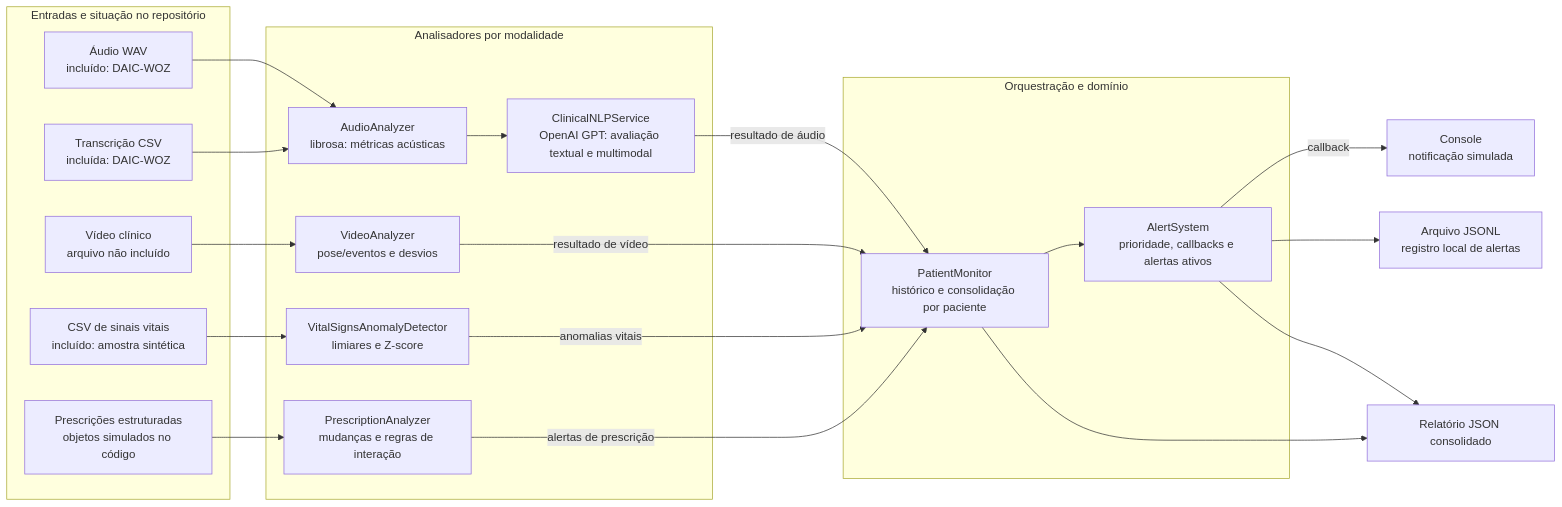
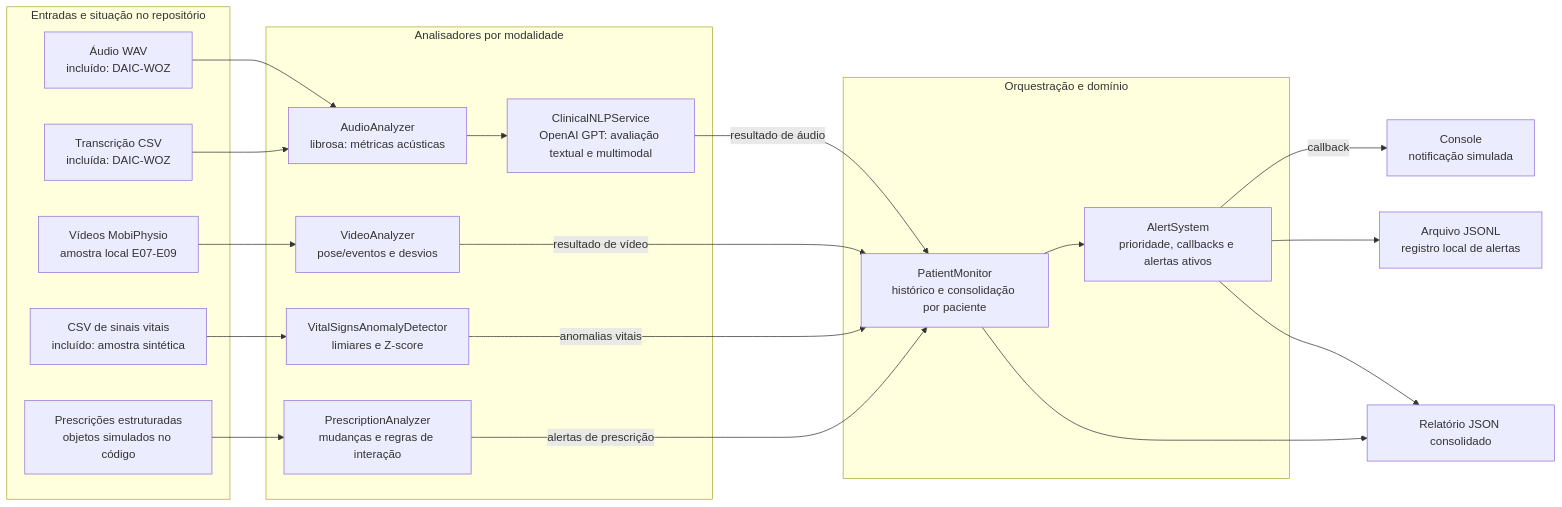
Before and after one commit to isabellasantiago/tech_challenge4: the first of 3 diagrams in docs/Arquitetura-e-System-Design.md, drawn with Mermaid. The commit also changed other lines of this file and 2 other files, not shown here.

Commit message:
docs: documenta execução e validação do vídeo

````diff
--- a/docs/Arquitetura-e-System-Design.md
+++ b/docs/Arquitetura-e-System-Design.md
@@ -28,43 +28,43 @@
 ```mermaid
 flowchart LR
     subgraph Inputs[Entradas e situação no repositório]
         WAV[Áudio WAV<br/>incluído: DAIC-WOZ]
         TXT[Transcrição CSV<br/>incluída: DAIC-WOZ]
-        VID[Vídeo clínico<br/>arquivo não incluído]
+        VID[Vídeos MobiPhysio<br/>amostra local E07-E09]
         CSV[CSV de sinais vitais<br/>incluído: amostra sintética]
         RX[Prescrições estruturadas<br/>objetos simulados no código]
     end
 
     subgraph Analysis[Analisadores por modalidade]
         AUD[AudioAnalyzer<br/>librosa: métricas acústicas]
         NLP[ClinicalNLPService<br/>OpenAI GPT: avaliação textual e multimodal]
         VDO[VideoAnalyzer<br/>pose/eventos e desvios]
         VIT[VitalSignsAnomalyDetector<br/>limiares e Z-score]
         PRE[PrescriptionAnalyzer<br/>mudanças e regras de interação]
     end
 
     subgraph Core[Orquestração e domínio]
         MON[PatientMonitor<br/>histórico e consolidação por paciente]
         ALT[AlertSystem<br/>prioridade, callbacks e alertas ativos]
     end
 
     OUT[Relatório JSON consolidado]
     CONSOLE[Console<br/>notificação simulada]
     LOG[Arquivo JSONL<br/>registro local de alertas]
 
     WAV --> AUD
     TXT --> AUD
     AUD --> NLP
     VID --> VDO
     CSV --> VIT
     RX --> PRE
     NLP -->|resultado de áudio| MON
     VDO -->|resultado de vídeo| MON
     VIT -->|anomalias vitais| MON
     PRE -->|alertas de prescrição| MON
     MON --> ALT
     ALT -->|callback| CONSOLE
     ALT --> LOG
     MON --> OUT
     ALT --> OUT
 ```
````
